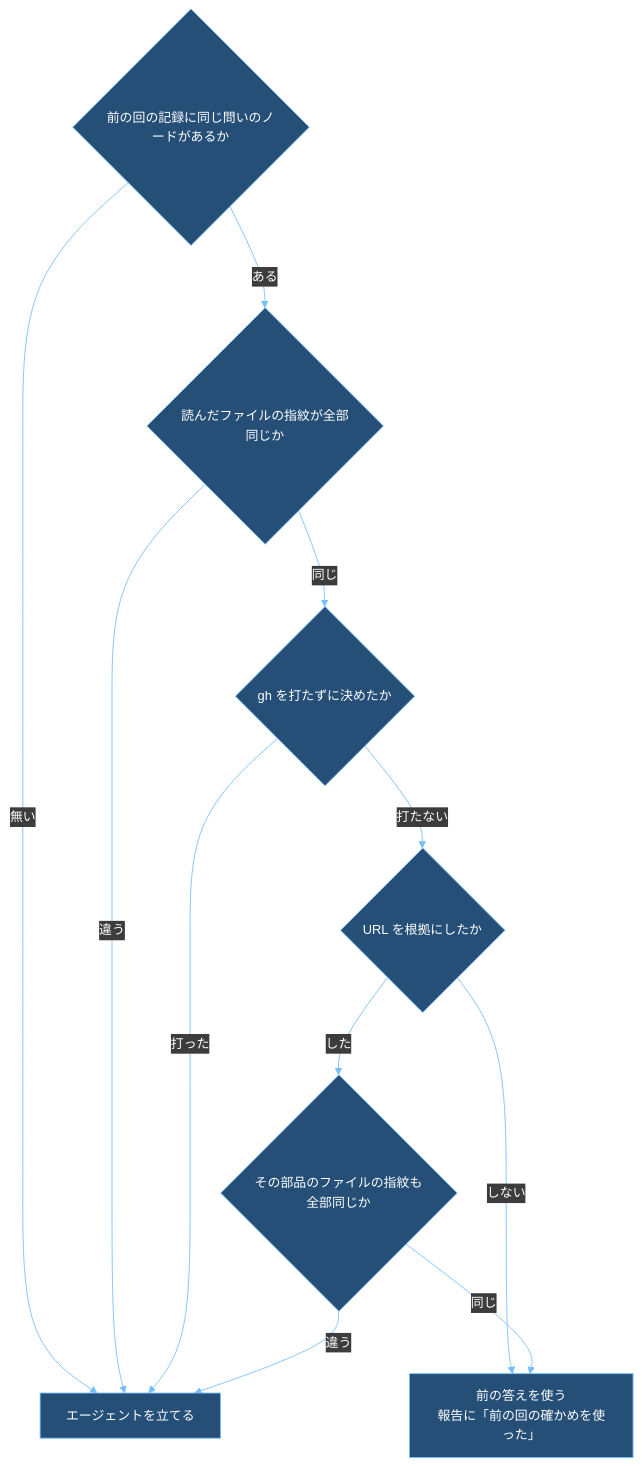
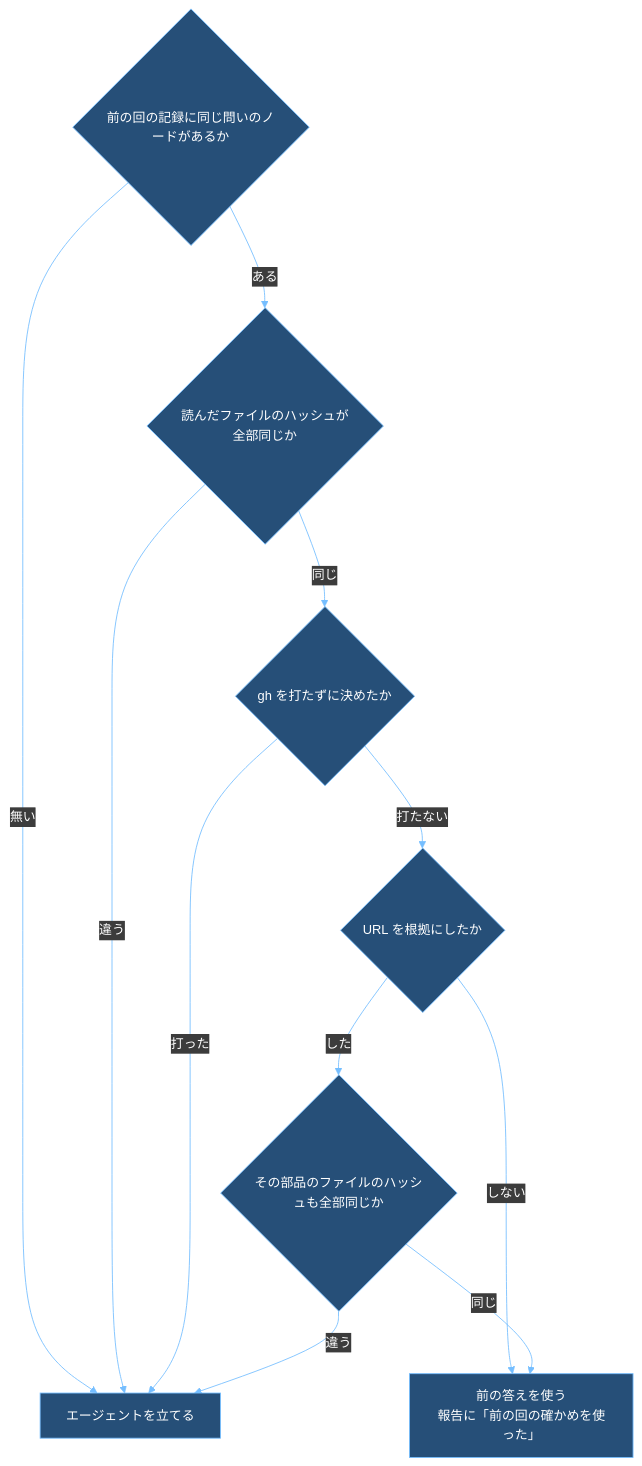
Before and after one commit to raiki61/claude-plugins: the sixth of 6 diagrams in attention/docs/my-turn-workflow-design.md, drawn with Mermaid. The commit also changed other lines of this file and 2 other files, not shown here.

````diff
--- a/attention/docs/my-turn-workflow-design.md
+++ b/attention/docs/my-turn-workflow-design.md
@@ -317,14 +330,14 @@
 ```mermaid
 %%{init: {"theme":"base","themeVariables":{"darkMode":true,"background":"#1e1e1e","fontSize":"15px","primaryColor":"#264f78","primaryTextColor":"#ffffff","primaryBorderColor":"#75beff","secondaryColor":"#3a3d41","tertiaryColor":"#2d2d30","lineColor":"#75beff","textColor":"#f0f0f0","titleColor":"#ffffff","clusterBkg":"#252526","clusterBorder":"#c8c8c8","edgeLabelBackground":"#3c3c3c","nodeTextColor":"#ffffff","actorBkg":"#264f78","actorBorder":"#75beff","actorTextColor":"#ffffff","actorLineColor":"#c8c8c8","signalColor":"#75beff","signalTextColor":"#f0f0f0","noteBkgColor":"#5c4b00","noteTextColor":"#ffffff","noteBorderColor":"#d7ba7d","labelBoxBkgColor":"#264f78","labelTextColor":"#ffffff","loopTextColor":"#f0f0f0","sequenceNumberColor":"#ffffff"}}}%%
 flowchart TB
   s{"前の回の記録に同じ問いのノードがあるか"} -->|無い| run["エージェントを立てる"]
-  s -->|ある| c1{"読んだファイルの指紋が全部同じか"}
+  s -->|ある| c1{"読んだファイルのハッシュが全部同じか"}
   c1 -->|違う| run
   c1 -->|同じ| c2{"gh を打たずに決めたか"}
   c2 -->|打った| run
   c2 -->|打たない| c3{"URL を根拠にしたか"}
   c3 -->|しない| use["前の答えを使う<br/>報告に「前の回の確かめを使った」"]
-  c3 -->|した| c4{"その部品のファイルの指紋も全部同じか"}
+  c3 -->|した| c4{"その部品のファイルのハッシュも全部同じか"}
   c4 -->|同じ| use
   c4 -->|違う| run
 ```
````
